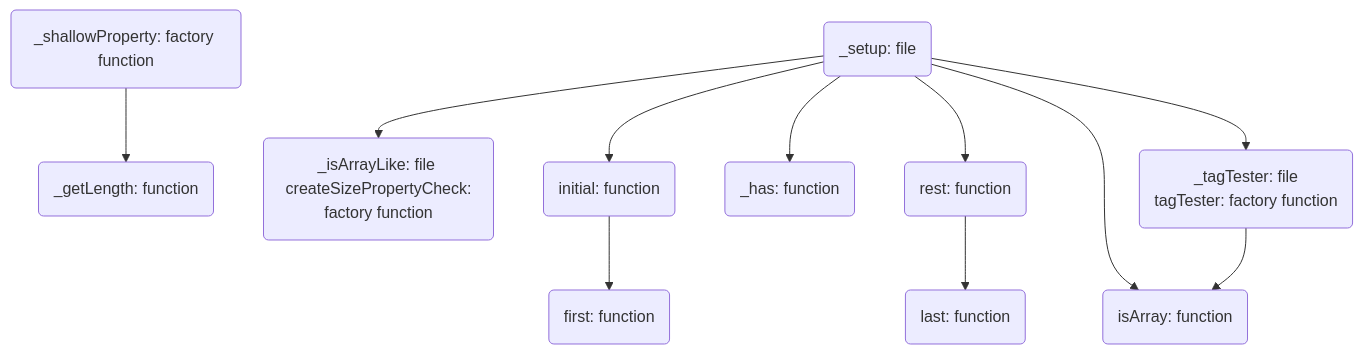
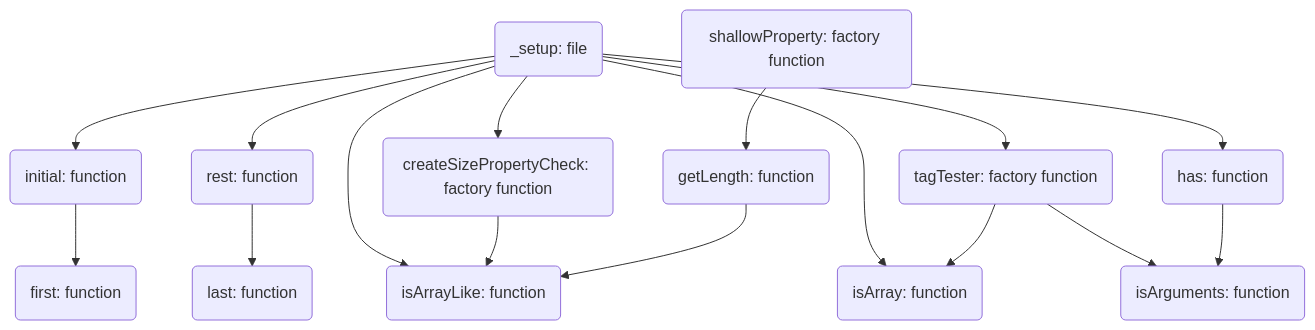
One commit to AshGreyG/To-Realize-Underscore changed the diagram in doc/dependencies.mmd. Above: the diagram before and after it, drawn with Mermaid. The commit also changed 19 other files, not shown here.

```diff
--- a/doc/dependencies.mmd
+++ b/doc/dependencies.mmd
@@ -1,56 +1,66 @@
 flowchart TD
   %% Define nodes and their names
 
   %%% `_xxx` files
   _setup(_setup: file)
-  _shallowProperty(_shallowProperty: factory function)
-  _getLength(_getLength: function)
-  _isArrayLike(_isArrayLike: file \n createSizePropertyCheck: factory function)
-  _tagTester(_tagTester: file \n tagTester: factory function)
-  _has(_has: function)
+  _shallowProperty(shallowProperty: factory function)
+  _getLength(getLength: function)
+  _createSizePropertyCheck(createSizePropertyCheck: factory function)
+  _isArrayLike(isArrayLike: function)
+  _tagTester(tagTester: factory function)
+  _has(has: function)
 
   %%% Array functions
 
   initial(initial: function)
   first(first: function)
   rest(rest: function)
   last(last: function)
 
   %%% Object functions
 
   isArray(isArray: function)
+  isArguments(isArguments: function)
 
   %% Hyperlink settings
 
   %%% `_xxx` files
 
   click _setup "https://github.com/AshGreyG/To-Realize-Underscore/blob/main/modules/_setup.js"
   click _shallowProperty "https://github.com/AshGreyG/To-Realize-Underscore/blob/main/modules/_shallowProperty.js"
   click _getLength "https://github.com/AshGreyG/To-Realize-Underscore/blob/main/modules/_getLength.js"
+  click _createSizePropertyCheck "https://github.com/AshGreyG/To-Realize-Underscore/blob/main/modules/_createSizePropertyCheck .js"
   click _isArrayLike "https://github.com/AshGreyG/To-Realize-Underscore/blob/main/modules/_isArrayLike.js"
   click _tagTester "https://github.com/AshGreyG/To-Realize-Underscore/blob/main/modules/_tagTester.js"
   click _has "https://github.com/AshGreyG/To-Realize-Underscore/blob/main/modules/_has.js"
 
   %%% Array functions
 
   click initial "https://github.com/AshGreyG/To-Realize-Underscore/blob/main/modules/initial.js"
   click first "https://github.com/AshGreyG/To-Realize-Underscore/blob/main/modules/first.js"
   click rest "https://github.com/AshGreyG/To-Realize-Underscore/blob/main/modules/rest.js"
   click last "https://github.com/AshGreyG/To-Realize-Underscore/blob/main/modules/last.js"
 
   %%% Object functions
 
   click isArray "https://github.com/AshGreyG/To-Realize-Underscore/blob/main/modules/isArray.js"
+  click isArguments "https://github.com/AshGreyG/To-Realize-Underscore/blob/main/modules/isArguments.js"
 
   %% Edge settings
 
   _setup --> initial
   _setup --> rest
   _setup --> _isArrayLike
   _setup --> _tagTester
   _setup --> isArray
   _setup --> _has
+  _setup --> _createSizePropertyCheck
+
   _tagTester --> isArray
+  _tagTester --> isArguments
   _shallowProperty --> _getLength
+  _has --> isArguments
+  _createSizePropertyCheck --> _isArrayLike
+  _getLength --> _isArrayLike
   initial --> first
   rest --> last
```
